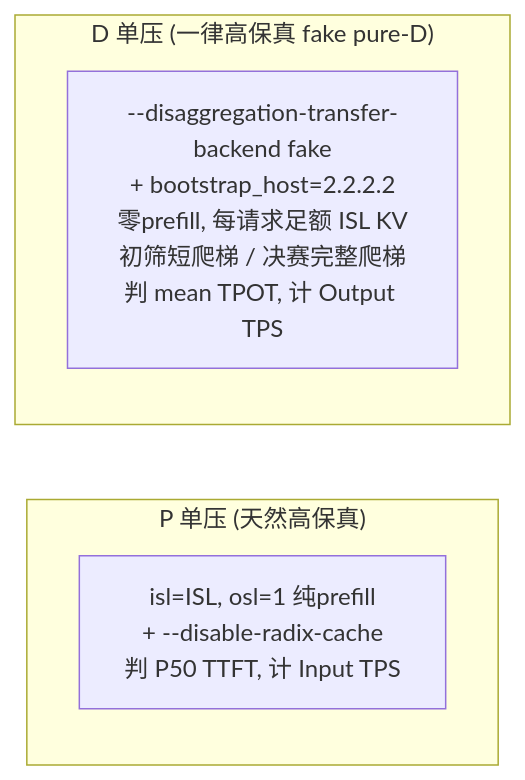
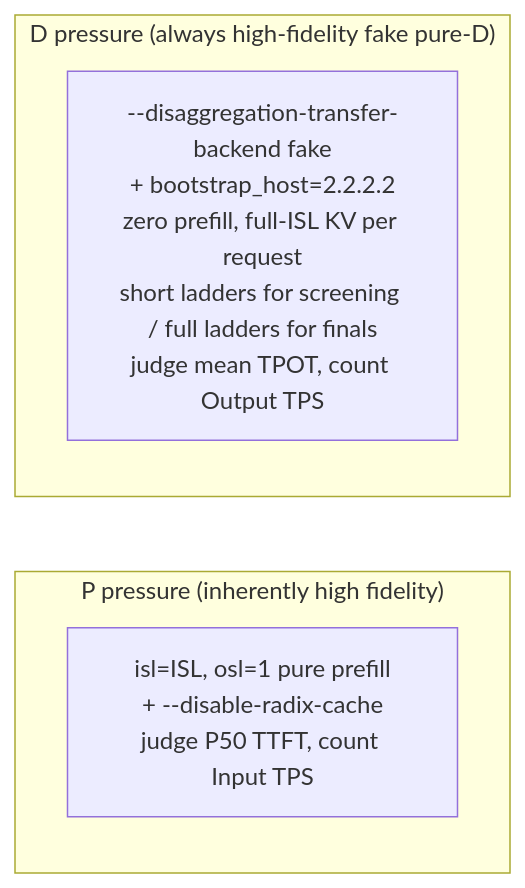
One commit to davilu-nvidia/pro5k_agentic_config_sweep changed the second of 2 diagrams in PIPELINE.md. Above: the diagram before and after it, drawn with Mermaid. The commit also changed other lines of this file and 3 other files, not shown here.

````diff
--- a/PIPELINE.md
+++ b/PIPELINE.md
@@ -40,9 +41,9 @@
 ```mermaid
 flowchart LR
-    subgraph P["P 单压 (天然高保真)"]
-      P1["isl=ISL, osl=1 纯prefill<br/>+ --disable-radix-cache<br/>判 P50 TTFT, 计 Input TPS"]
+    subgraph P["P pressure (inherently high fidelity)"]
+      P1["isl=ISL, osl=1 pure prefill<br/>+ --disable-radix-cache<br/>judge P50 TTFT, count Input TPS"]
     end
-    subgraph D["D 单压 (一律高保真 fake pure-D)"]
-      D2["--disaggregation-transfer-backend fake<br/>+ bootstrap_host=2.2.2.2<br/>零prefill, 每请求足额 ISL KV<br/>初筛短爬梯 / 决赛完整爬梯<br/>判 mean TPOT, 计 Output TPS"]
+    subgraph D["D pressure (always high-fidelity fake pure-D)"]
+      D2["--disaggregation-transfer-backend fake<br/>+ bootstrap_host=2.2.2.2<br/>zero prefill, full-ISL KV per request<br/>short ladders for screening / full ladders for finals<br/>judge mean TPOT, count Output TPS"]
     end
 ```
````
